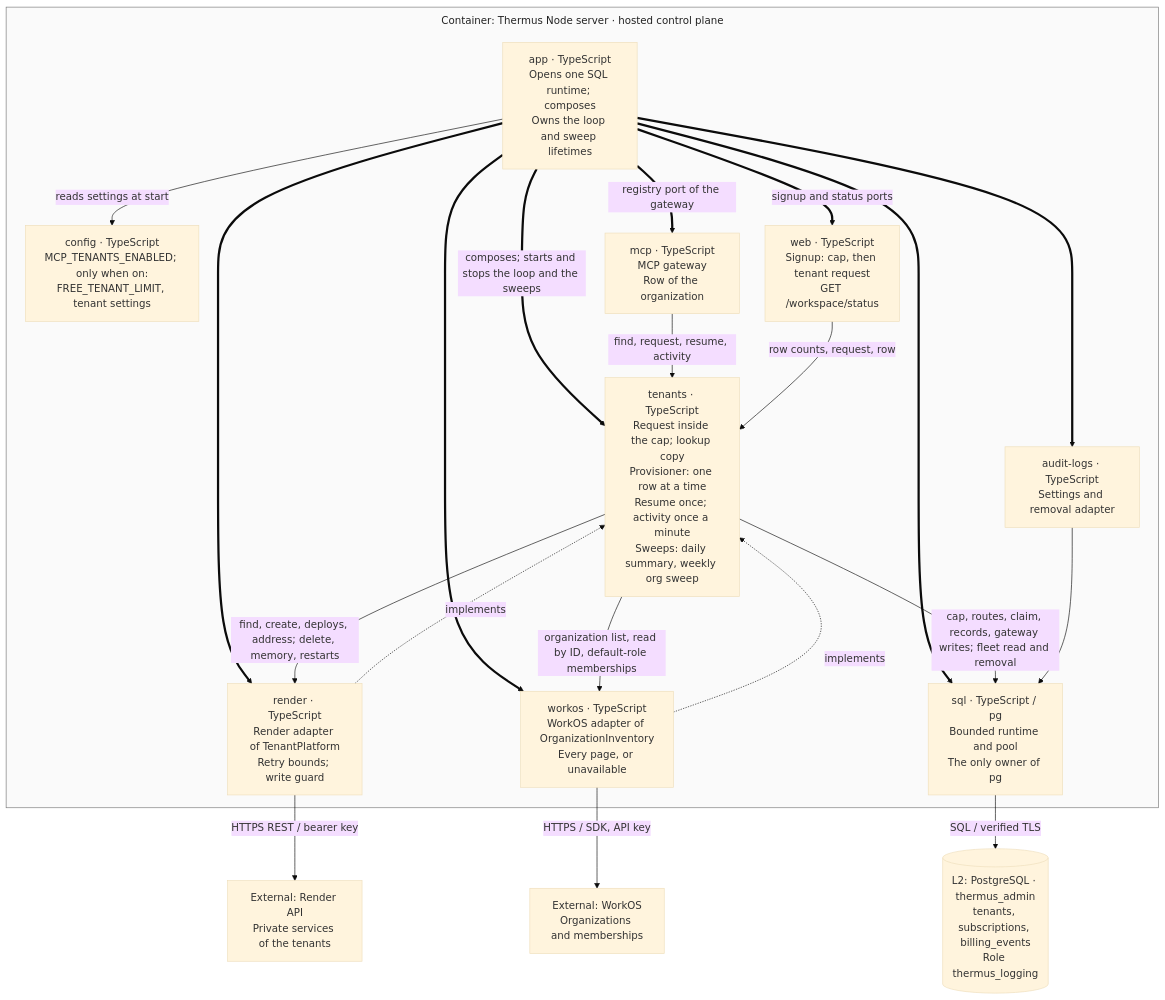
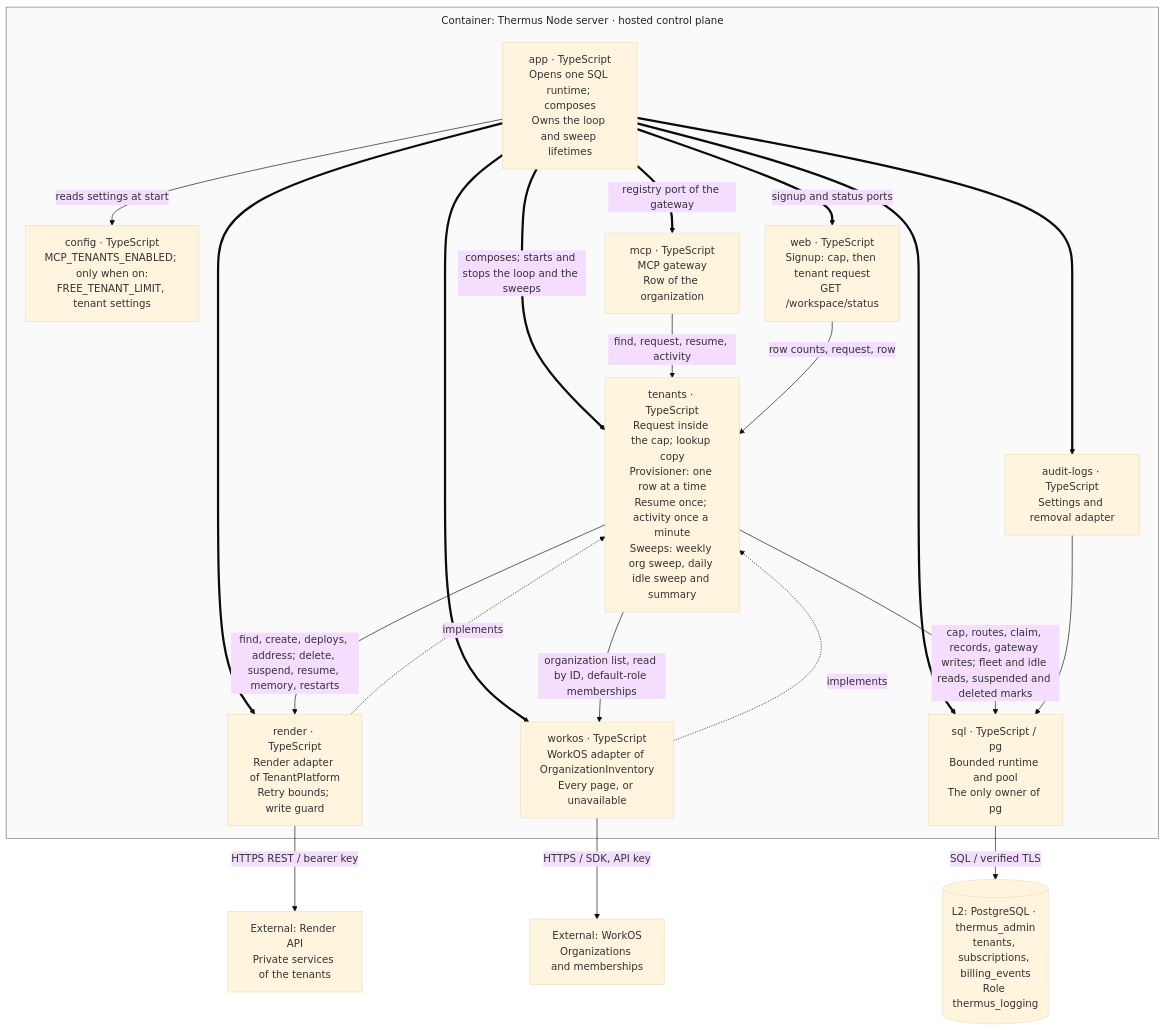
One commit to tomer-mayara/Thermus changed the ninth of 24 diagrams in architecture/components.md. Above: the diagram before and after it, drawn with Mermaid (base theme). The commit also changed other lines of this file and 74 other files, not shown here.

First line of the commit message:
Suspend idle free tenants and resume them on the next call (SO-10) (#295)

````diff
--- a/architecture/components.md
+++ b/architecture/components.md
@@ -588,38 +592,38 @@
 ```mermaid
 %%{init: {"flowchart": {"wrappingWidth": 150, "nodeSpacing": 40, "rankSpacing": 40, "subGraphTitleMargin": {"top": 10, "bottom": 25}}}}%%
 flowchart TB
   subgraph tenancy_server["Container: Thermus Node server · hosted control plane"]
     tenancy_config["config · TypeScript<br/>MCP_TENANTS_ENABLED; only when on:<br/>FREE_TENANT_LIMIT, tenant settings"]
     tenancy_app["app · TypeScript<br/>Opens one SQL runtime; composes<br/>Owns the loop and sweep lifetimes"]
     tenancy_web["web · TypeScript<br/>Signup: cap, then tenant request<br/>GET /workspace/status"]
     tenancy_mcp["mcp · TypeScript<br/>MCP gateway<br/>Row of the organization"]
-    tenancy_tenants["tenants · TypeScript<br/>Request inside the cap; lookup copy<br/>Provisioner: one row at a time<br/>Resume once; activity once a minute<br/>Sweeps: daily summary, weekly org sweep"]
+    tenancy_tenants["tenants · TypeScript<br/>Request inside the cap; lookup copy<br/>Provisioner: one row at a time<br/>Resume once; activity once a minute<br/>Sweeps: weekly org sweep, daily idle sweep and summary"]
     tenancy_render["render · TypeScript<br/>Render adapter of TenantPlatform<br/>Retry bounds; write guard"]
     tenancy_workos["workos · TypeScript<br/>WorkOS adapter of OrganizationInventory<br/>Every page, or unavailable"]
     tenancy_audit["audit-logs · TypeScript<br/>Settings and removal adapter"]
     tenancy_sql["sql · TypeScript / pg<br/>Bounded runtime and pool<br/>The only owner of pg"]
     tenancy_app -->|reads settings at start| tenancy_config
     tenancy_app ==>|composes; starts and stops the loop and the sweeps| tenancy_tenants
     tenancy_app ==>|registry port of the gateway| tenancy_mcp
     tenancy_app ==>|signup and status ports| tenancy_web
     tenancy_app ==> tenancy_render
     tenancy_app ==> tenancy_workos
     tenancy_app ==> tenancy_audit
     tenancy_app ==> tenancy_sql
     tenancy_mcp -->|find, request, resume, activity| tenancy_tenants
     tenancy_web -->|row counts, request, row| tenancy_tenants
-    tenancy_tenants -->|find, create, deploys, address; delete, memory, restarts| tenancy_render
+    tenancy_tenants -->|find, create, deploys, address; delete, suspend, resume, memory, restarts| tenancy_render
     tenancy_render -.->|implements| tenancy_tenants
     tenancy_tenants -->|organization list, read by ID, default-role memberships| tenancy_workos
     tenancy_workos -.->|implements| tenancy_tenants
-    tenancy_tenants -->|cap, routes, claim, records, gateway writes; fleet read and removal| tenancy_sql
+    tenancy_tenants -->|cap, routes, claim, records, gateway writes; fleet and idle reads, suspended and deleted marks| tenancy_sql
     tenancy_audit --> tenancy_sql
   end
   tenancy_db[("L2: PostgreSQL · thermus_admin<br/>tenants, subscriptions, billing_events<br/>Role thermus_logging")]
   tenancy_api["External: Render API<br/>Private services of the tenants"]
   tenancy_workos_api["External: WorkOS<br/>Organizations and memberships"]
   tenancy_sql -->|SQL / verified TLS| tenancy_db
   tenancy_render -->|HTTPS REST / bearer key| tenancy_api
   tenancy_workos -->|HTTPS / SDK, API key| tenancy_workos_api
   style tenancy_server fill:#fafafa,stroke:#777777,color:#222222
 ```
````
